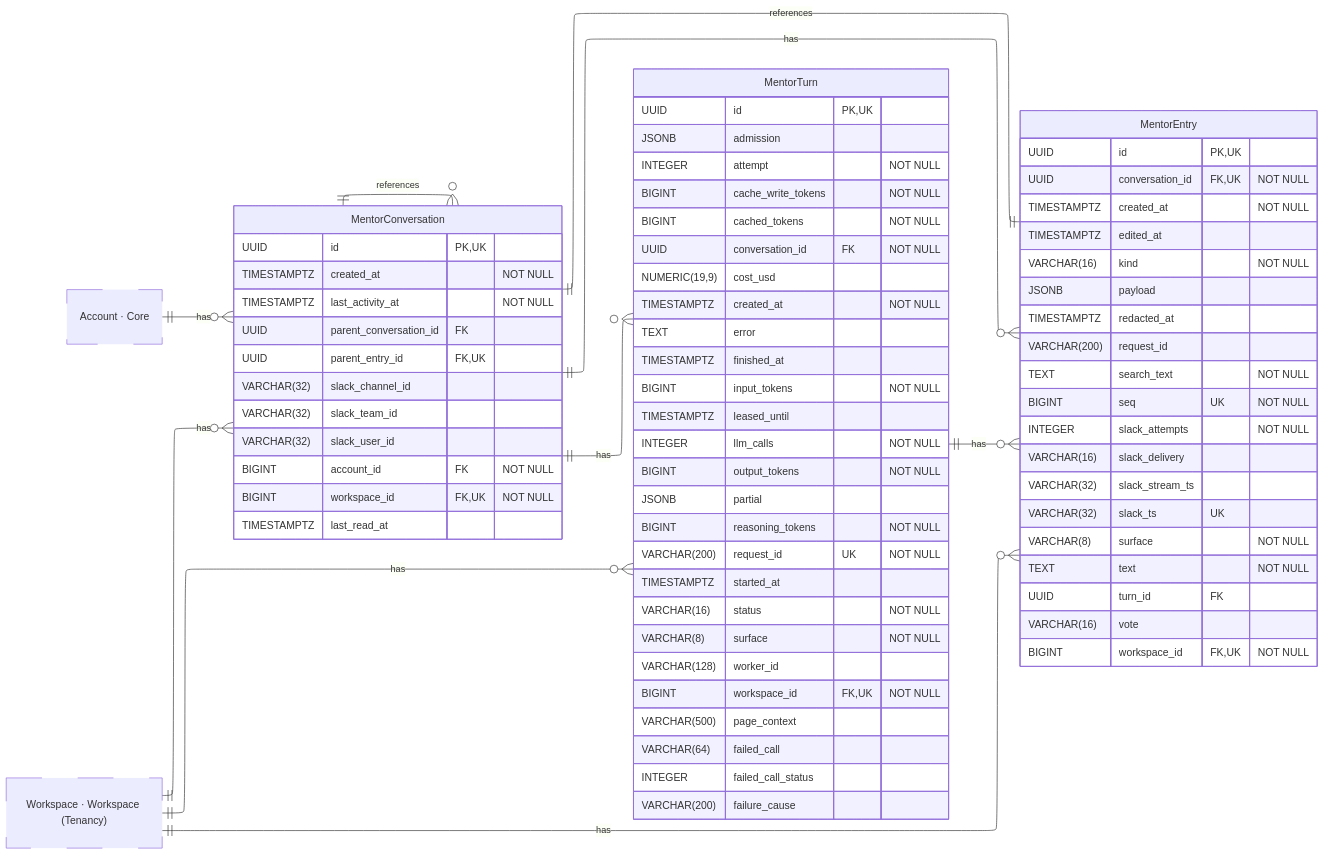
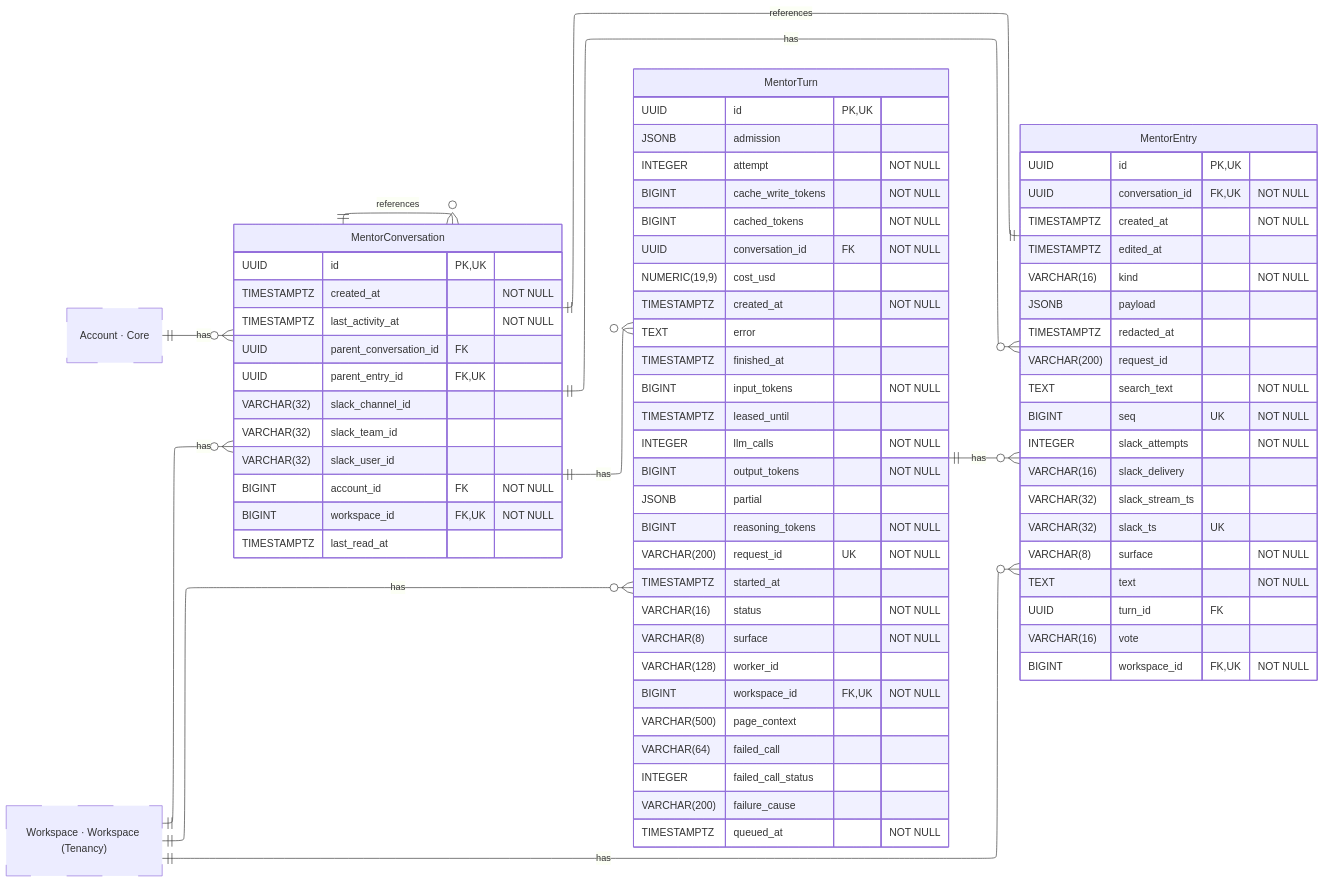
Before and after one commit to hephaestus-build/Hephaestus: the diagram in docs/contributor/erd/mentor.mmd, drawn with Mermaid. The commit also changed 14 other files, not shown here.

```diff
--- a/docs/contributor/erd/mentor.mmd
+++ b/docs/contributor/erd/mentor.mmd
@@ -1,101 +1,102 @@
 ---
 config:
     layout: elk
 ---
 erDiagram
     %% Generated automatically from PostgreSQL database schema
     %% using scripts/generate-mermaid-erd.ts
     %% To regenerate: vp run db:generate-erd-docs
 
     direction LR
 
     MentorConversation {
         UUID id PK,UK
         TIMESTAMPTZ created_at "NOT NULL"
         TIMESTAMPTZ last_activity_at "NOT NULL"
         UUID parent_conversation_id FK
         UUID parent_entry_id FK,UK
         VARCHAR(32) slack_channel_id
         VARCHAR(32) slack_team_id
         VARCHAR(32) slack_user_id
         BIGINT account_id FK "NOT NULL"
         BIGINT workspace_id FK,UK "NOT NULL"
         TIMESTAMPTZ last_read_at
     }
 
     MentorEntry {
         UUID id PK,UK
         UUID conversation_id FK,UK "NOT NULL"
         TIMESTAMPTZ created_at "NOT NULL"
         TIMESTAMPTZ edited_at
         VARCHAR(16) kind "NOT NULL"
         JSONB payload
         TIMESTAMPTZ redacted_at
         VARCHAR(200) request_id
         TEXT search_text "NOT NULL"
         BIGINT seq UK "NOT NULL"
         INTEGER slack_attempts "NOT NULL"
         VARCHAR(16) slack_delivery
         VARCHAR(32) slack_stream_ts
         VARCHAR(32) slack_ts UK
         VARCHAR(8) surface "NOT NULL"
         TEXT text "NOT NULL"
         UUID turn_id FK
         VARCHAR(16) vote
         BIGINT workspace_id FK,UK "NOT NULL"
     }
 
     MentorTurn {
         UUID id PK,UK
         JSONB admission
         INTEGER attempt "NOT NULL"
         BIGINT cache_write_tokens "NOT NULL"
         BIGINT cached_tokens "NOT NULL"
         UUID conversation_id FK "NOT NULL"
         NUMERIC(19,9) cost_usd
         TIMESTAMPTZ created_at "NOT NULL"
         TEXT error
         TIMESTAMPTZ finished_at
         BIGINT input_tokens "NOT NULL"
         TIMESTAMPTZ leased_until
         INTEGER llm_calls "NOT NULL"
         BIGINT output_tokens "NOT NULL"
         JSONB partial
         BIGINT reasoning_tokens "NOT NULL"
         VARCHAR(200) request_id UK "NOT NULL"
         TIMESTAMPTZ started_at
         VARCHAR(16) status "NOT NULL"
         VARCHAR(8) surface "NOT NULL"
         VARCHAR(128) worker_id
         BIGINT workspace_id FK,UK "NOT NULL"
         VARCHAR(500) page_context
         VARCHAR(64) failed_call
         INTEGER failed_call_status
         VARCHAR(200) failure_cause
+        TIMESTAMPTZ queued_at "NOT NULL"
     }
 
     Account["Account · Core"]
     Workspace["Workspace · Workspace (Tenancy)"]
 
     %% Relationships
     %% One-to-One relationships
     MentorEntry ||--|| MentorConversation : references
 
     %% One-to-Many relationships
     Account ||--o{ MentorConversation : has
     MentorConversation ||--o{ MentorConversation : references
     Workspace ||--o{ MentorConversation : has
     MentorConversation ||--o{ MentorEntry : has
     MentorTurn ||--o{ MentorEntry : has
     Workspace ||--o{ MentorEntry : has
     MentorConversation ||--o{ MentorTurn : has
     Workspace ||--o{ MentorTurn : has
 
     %% Styling
     classDef primaryEntity stroke:#0288d1,stroke-width:2px
     classDef associationEntity stroke:#8e24aa,stroke-width:2px
     classDef metadataEntity stroke:#43a047,stroke-width:2px
     classDef referenceEntity stroke-dasharray:5 5
 
     class Account referenceEntity
     class Workspace referenceEntity
```
